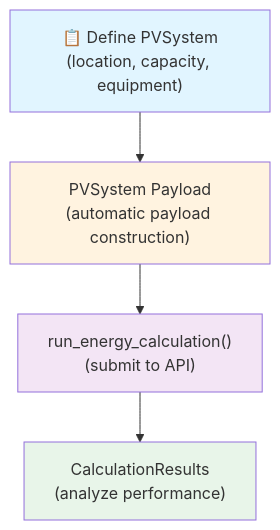
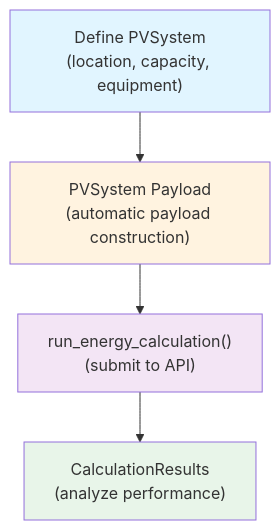
One commit to dnv-opensource/solarfarmer-python-sdk changed the diagram in docs/getting-started/workflow-2-pvplant-builder.md. Above: the diagram before and after it, drawn with Mermaid. The commit also changed other lines of this file and 11 other files, not shown here.

````diff
--- a/docs/getting-started/workflow-2-pvplant-builder.md
+++ b/docs/getting-started/workflow-2-pvplant-builder.md
@@ -28,16 +28,16 @@
 ```mermaid
 graph TB
-    A["📋 Define PVSystem<br/>(location, capacity, equipment)"]
+    A["Define PVSystem<br/>(location, capacity, equipment)"]
     B["PVSystem Payload<br/>(automatic payload construction)"]
     C["run_energy_calculation()<br/>(submit to API)"]
     D["CalculationResults<br/>(analyze performance)"]
 
     A --> B
     B --> C
     C --> D
 
     style A fill:#e1f5ff
     style B fill:#fff3e0
     style C fill:#f3e5f5
     style D fill:#e8f5e9
 ```
````
